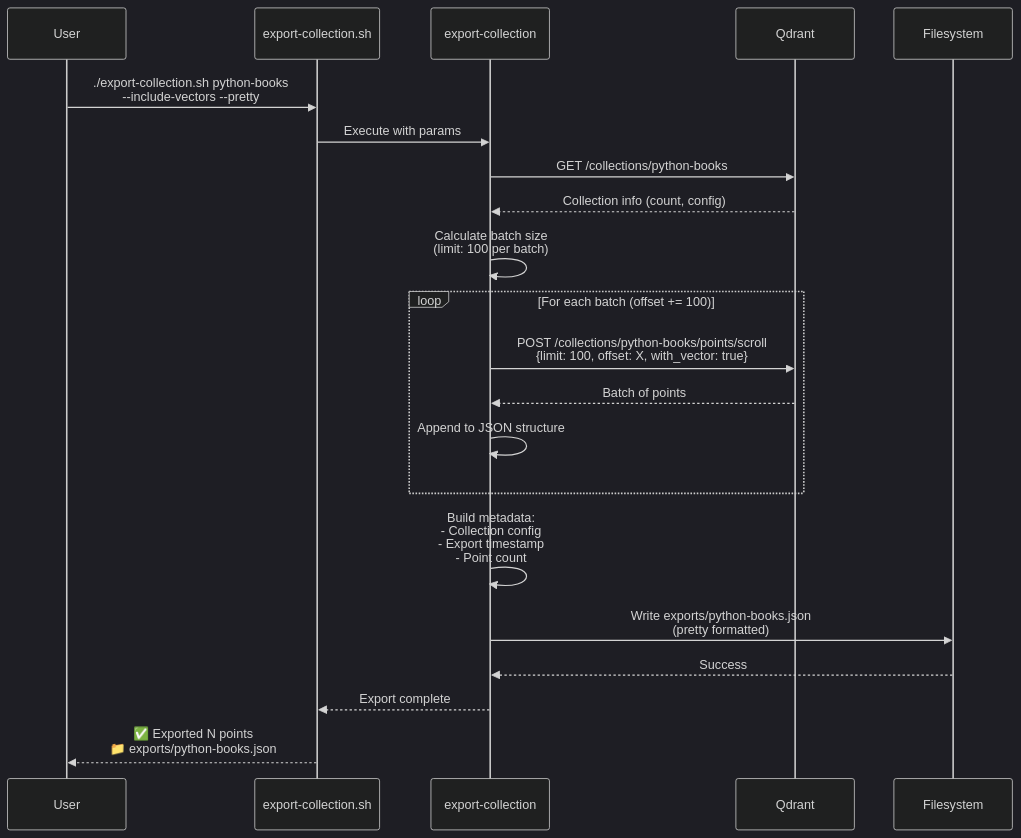
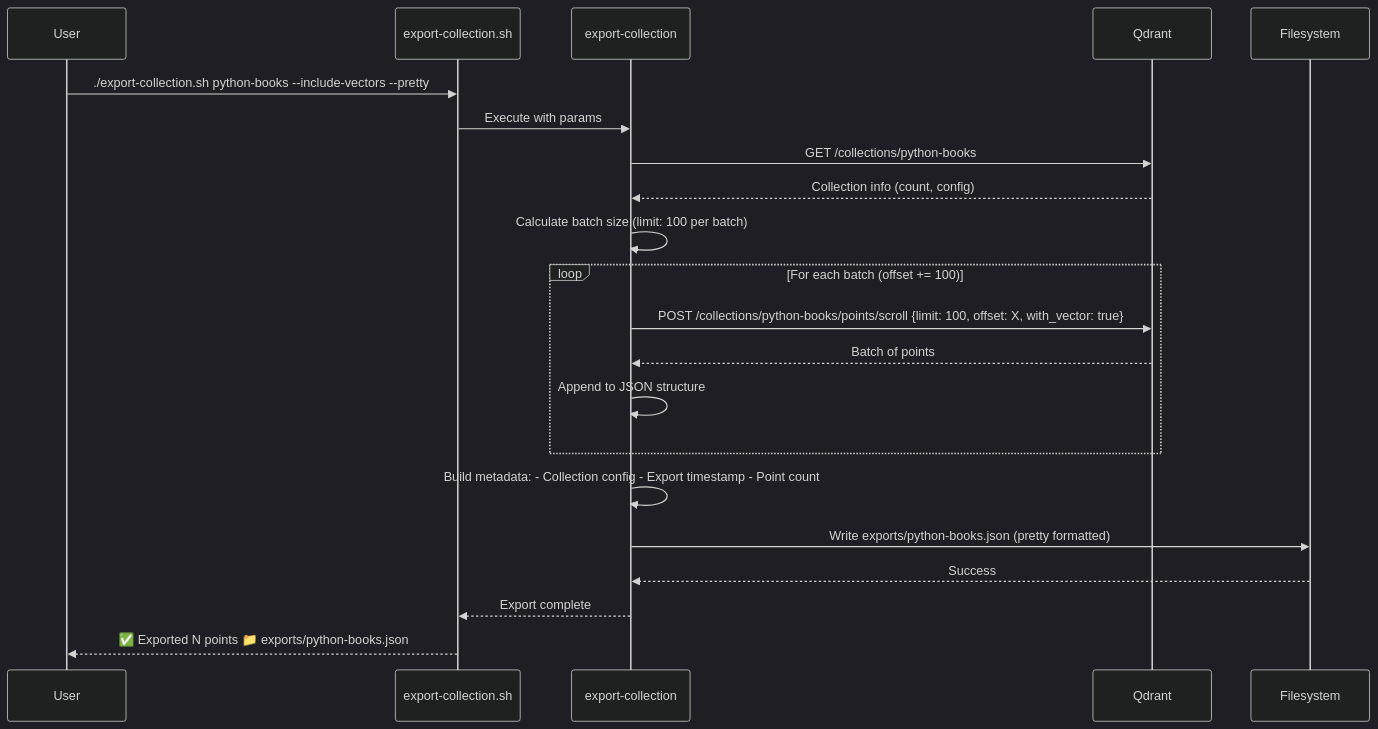
Before and after one commit to softwarewrighter/rag-demo: the eighth of 13 diagrams in wiki/Data-Flow-Diagrams.md, drawn with Mermaid (dark theme). The commit also changed other lines of this file and 7 other files, not shown here.

````diff
--- a/wiki/Data-Flow-Diagrams.md
+++ b/wiki/Data-Flow-Diagrams.md
@@ -265,30 +265,30 @@
 ```mermaid
 sequenceDiagram
     participant User
     participant Script as export-collection.sh
     participant Export as export-collection
     participant Qdrant
     participant FS as Filesystem
 
-    User->>Script: ./export-collection.sh python-books<br/>--include-vectors --pretty
+    User->>Script: ./export-collection.sh python-books --include-vectors --pretty
     Script->>Export: Execute with params
 
     Export->>Qdrant: GET /collections/python-books
     Qdrant-->>Export: Collection info (count, config)
 
-    Export->>Export: Calculate batch size<br/>(limit: 100 per batch)
+    Export->>Export: Calculate batch size (limit: 100 per batch)
 
     loop For each batch (offset += 100)
-        Export->>Qdrant: POST /collections/python-books/points/scroll<br/>{limit: 100, offset: X, with_vector: true}
+        Export->>Qdrant: POST /collections/python-books/points/scroll {limit: 100, offset: X, with_vector: true}
         Qdrant-->>Export: Batch of points
         Export->>Export: Append to JSON structure
     end
 
-    Export->>Export: Build metadata:<br/>- Collection config<br/>- Export timestamp<br/>- Point count
+    Export->>Export: Build metadata: - Collection config - Export timestamp - Point count
 
-    Export->>FS: Write exports/python-books.json<br/>(pretty formatted)
+    Export->>FS: Write exports/python-books.json (pretty formatted)
     FS-->>Export: Success
 
     Export-->>Script: Export complete
-    Script-->>User: ✅ Exported N points<br/>📁 exports/python-books.json
+    Script-->>User: ✅ Exported N points 📁 exports/python-books.json
 ```
````
